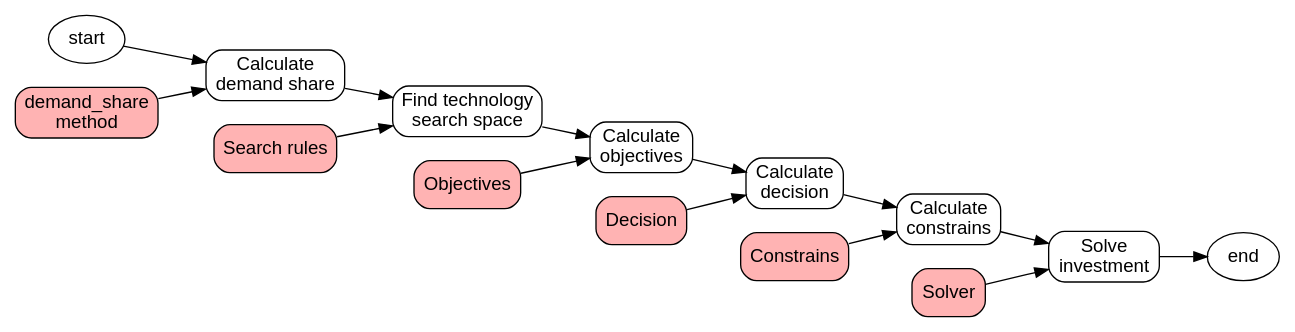
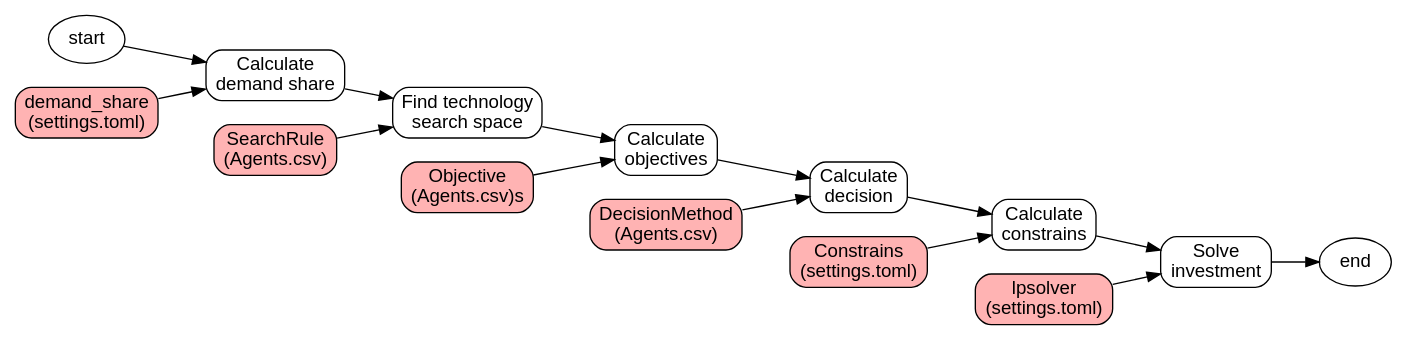
One commit to EnergySystemsModellingLab/MUSE_OS changed diagram 11 of 12 in docs/application-flow.rst. Above: the diagram before and after it, drawn with Graphviz. The commit also changed other lines of this file, not shown here.

```diff
--- a/docs/application-flow.rst
+++ b/docs/application-flow.rst
@@ -419,34 +422,34 @@
 .. graphviz::
     :align: center
     :alt: Investment stage of a subsector calculation
 
     digraph dispatch {
             fontname="Helvetica,Arial,sans-serif"
             node [fontname="Helvetica,Arial,sans-serif", shape=box, style=rounded]
             edge [fontname="Helvetica,Arial,sans-serif"]
             rankdir=LR
             clusterrank=local
             newrank=true
 
             {node [shape=""]; start; end;}
             demand_share [label="Calculate\ndemand share"]
             search [label="Find technology\nsearch space"];
             objectives [label="Calculate\nobjectives"];
             decision [label="Calculate\ndecision"];
             constrains [label="Calculate\nconstrains"]
             invest [label="Solve\ninvestment"]
-            input_demand[label="demand_share\nmethod", fillcolor="#ffb3b3", style="rounded,filled"]
-            input_search[label="Search rules", fillcolor="#ffb3b3", style="rounded,filled"]
-            input_objectives[label="Objectives", fillcolor="#ffb3b3", style="rounded,filled"]
-            input_decision[label="Decision", fillcolor="#ffb3b3", style="rounded,filled"]
-            input_constrains[label="Constrains", fillcolor="#ffb3b3", style="rounded,filled"]
-            input_solver[label="Solver", fillcolor="#ffb3b3", style="rounded,filled"]
+            input_demand[label="demand_share\n(settings.toml)", fillcolor="#ffb3b3", style="rounded,filled"]
+            input_search[label="SearchRule\n(Agents.csv)", fillcolor="#ffb3b3", style="rounded,filled"]
+            input_objectives[label="Objective\n(Agents.csv)s", fillcolor="#ffb3b3", style="rounded,filled"]
+            input_decision[label="DecisionMethod\n(Agents.csv)", fillcolor="#ffb3b3", style="rounded,filled"]
+            input_constrains[label="Constrains\n(settings.toml)", fillcolor="#ffb3b3", style="rounded,filled"]
+            input_solver[label="lpsolver\n(settings.toml)", fillcolor="#ffb3b3", style="rounded,filled"]
 
             start ->  demand_share -> search -> objectives -> decision -> constrains -> invest -> end
             input_demand -> demand_share
             input_search -> search
             input_objectives -> objectives
             input_decision -> decision
             input_constrains -> constrains
             input_solver -> invest
         }
```
